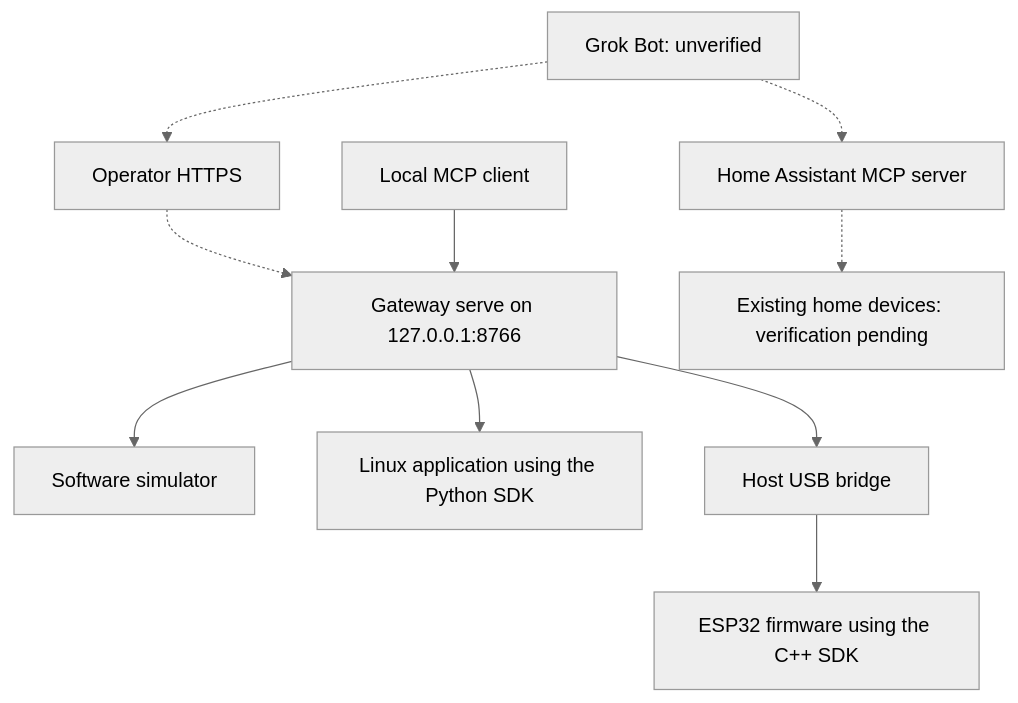
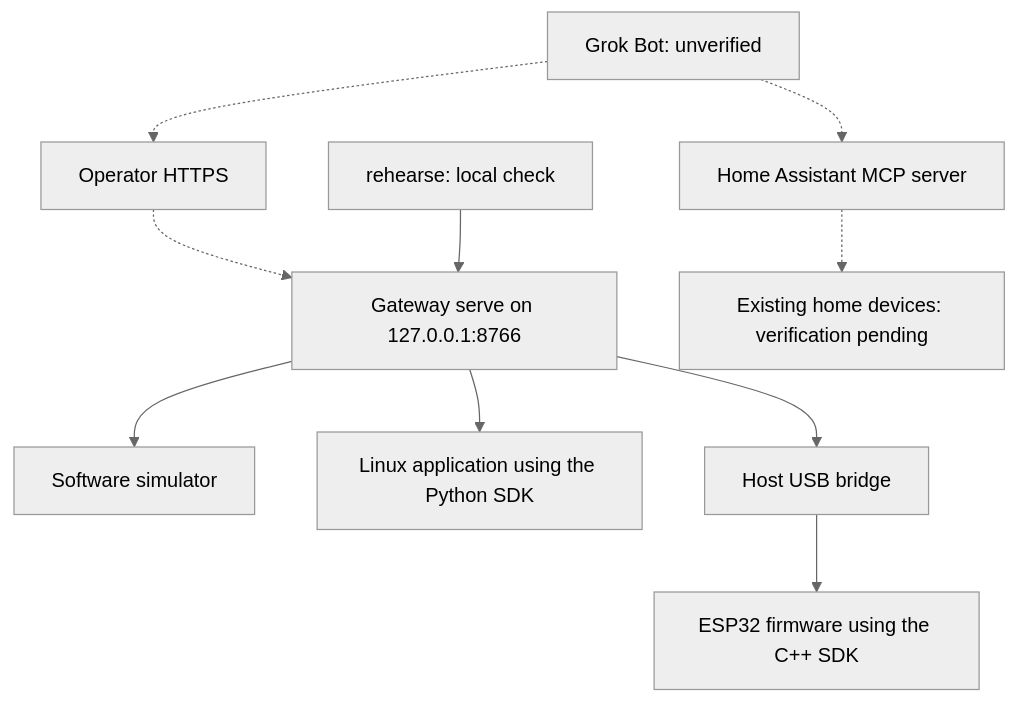
The first of 2 diagrams in docs/architecture/overview.md (adidshaft/grok-gadgets), drawn with Mermaid (neutral theme) before and after one commit. The commit also changed 56 other files, not shown here.

````diff
--- a/docs/architecture/overview.md
+++ b/docs/architecture/overview.md
@@ -15,12 +15,12 @@
 ```mermaid
 flowchart TD
     G["Grok Bot: unverified"] -.-> T["Operator HTTPS"]
     T -.-> W["Gateway serve on 127.0.0.1:8766"]
-    C["Local MCP client"] --> W
+    C["rehearse: local check"] --> W
     W --> S["Software simulator"]
     W --> L["Linux application using the Python SDK"]
     W --> U["Host USB bridge"]
     U --> E["ESP32 firmware using the C++ SDK"]
     G -.-> H["Home Assistant MCP server"]
     H -.-> D["Existing home devices: verification pending"]
 ```
````
